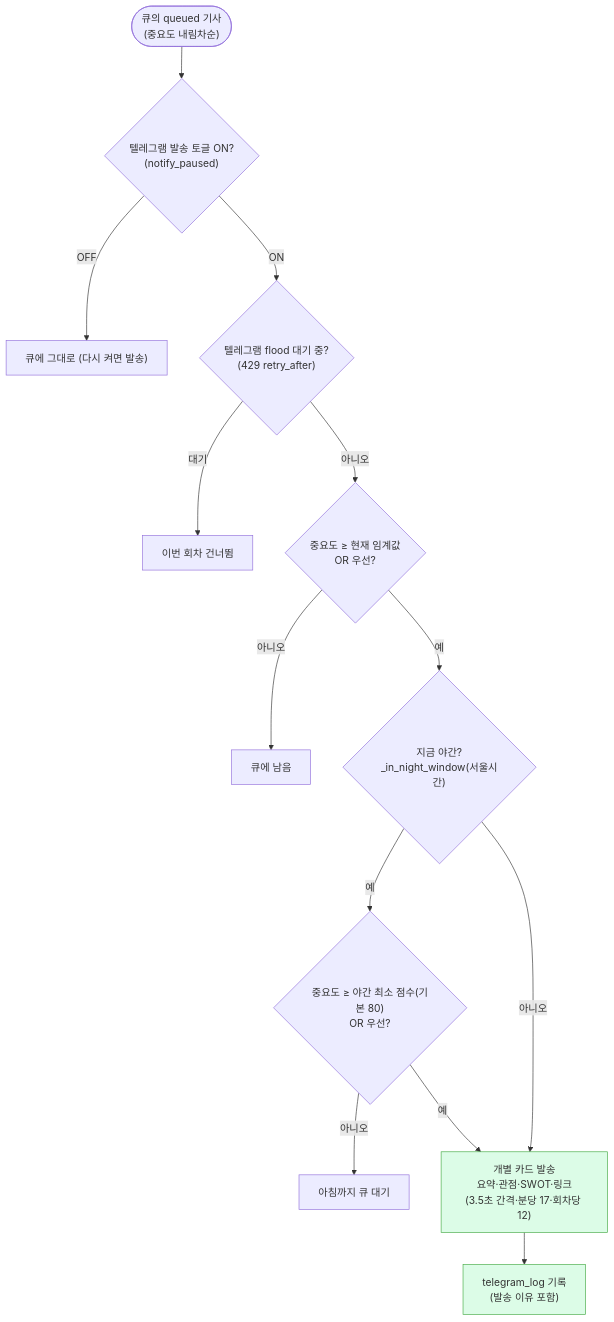
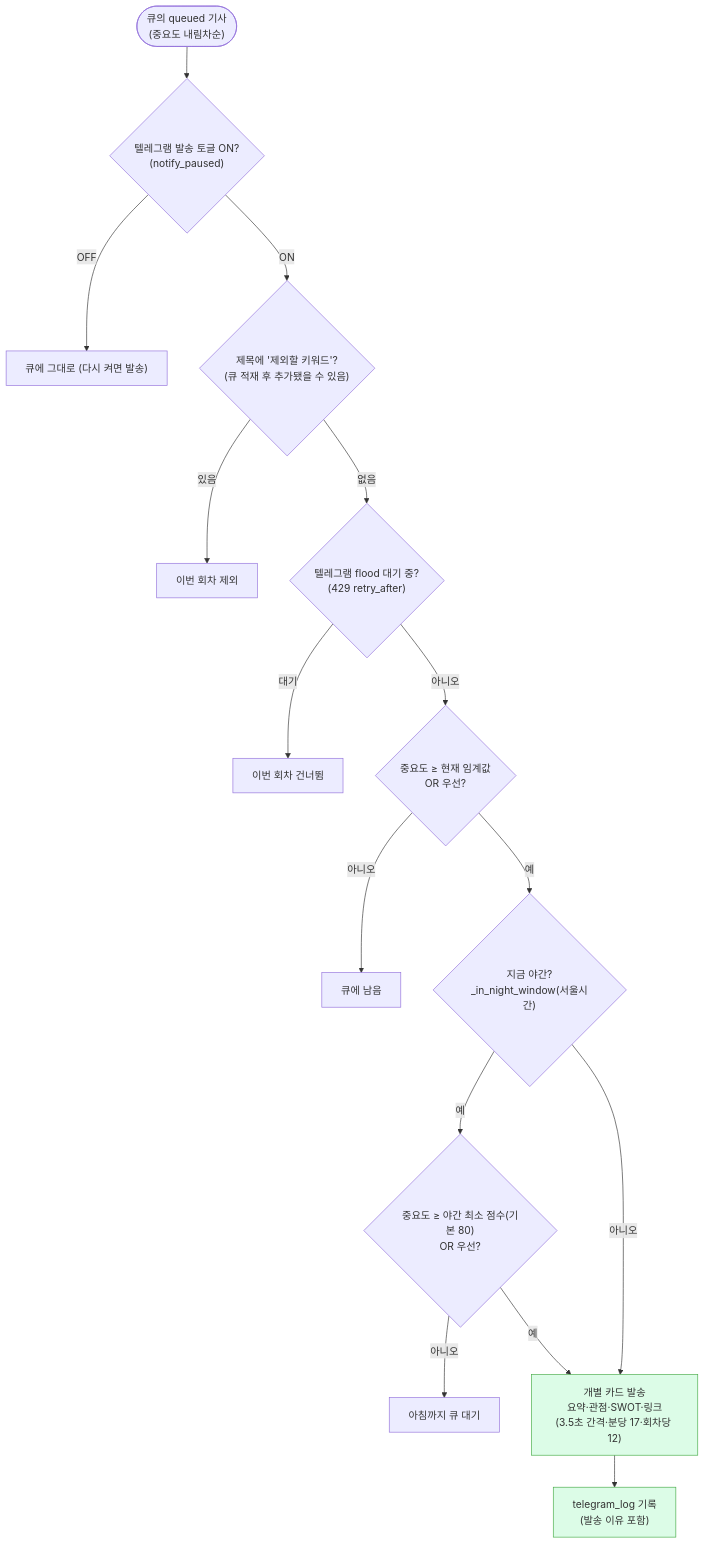
Before and after one commit to taehyun108/P-FM_NEWS: the fourth of 7 diagrams in docs/FLOW.md, drawn with Mermaid. The commit also changed other lines of this file and 7 other files, not shown here.

First line of the commit message:
feat(notify): 예외 규칙 재정비 — '무조건 발송 점수' 제거, '제외할 키워드' 추가

````diff
--- a/docs/FLOW.md
+++ b/docs/FLOW.md
@@ -105,18 +111,20 @@
 ```mermaid
 flowchart TB
     P(["큐의 queued 기사\n(중요도 내림차순)"]) --> PAUSE{"텔레그램 발송 토글 ON?\n(notify_paused)"}
     PAUSE -->|OFF| HOLD1["큐에 그대로 (다시 켜면 발송)"]
-    PAUSE -->|ON| FLOOD{"텔레그램 flood 대기 중?\n(429 retry_after)"}
+    PAUSE -->|ON| EXCL{"제목에 '제외할 키워드'?\n(큐 적재 후 추가됐을 수 있음)"}
+    EXCL -->|있음| DROP2["이번 회차 제외"]
+    EXCL -->|없음| FLOOD{"텔레그램 flood 대기 중?\n(429 retry_after)"}
     FLOOD -->|대기| HOLD2["이번 회차 건너뜀"]
     FLOOD -->|아니오| TH{"중요도 ≥ 현재 임계값\nOR 우선?"}
     TH -->|아니오| HOLD3["큐에 남음"]
     TH -->|예| NIGHT{"지금 야간?\n_in_night_window(서울시간)"}
     NIGHT -->|예| NMIN{"중요도 ≥ 야간 최소 점수(기본 80)\nOR 우선?"}
     NMIN -->|아니오| MORNING["아침까지 큐 대기"]
     NMIN -->|예| SEND
     NIGHT -->|아니오| SEND["개별 카드 발송\n요약·관점·SWOT·링크\n(3.5초 간격·분당 17·회차당 12)"]
     SEND --> LOG["telegram_log 기록\n(발송 이유 포함)"]
 
     classDef send fill:#dcfce7,stroke:#4a4
     class SEND,LOG send
 ```
````
